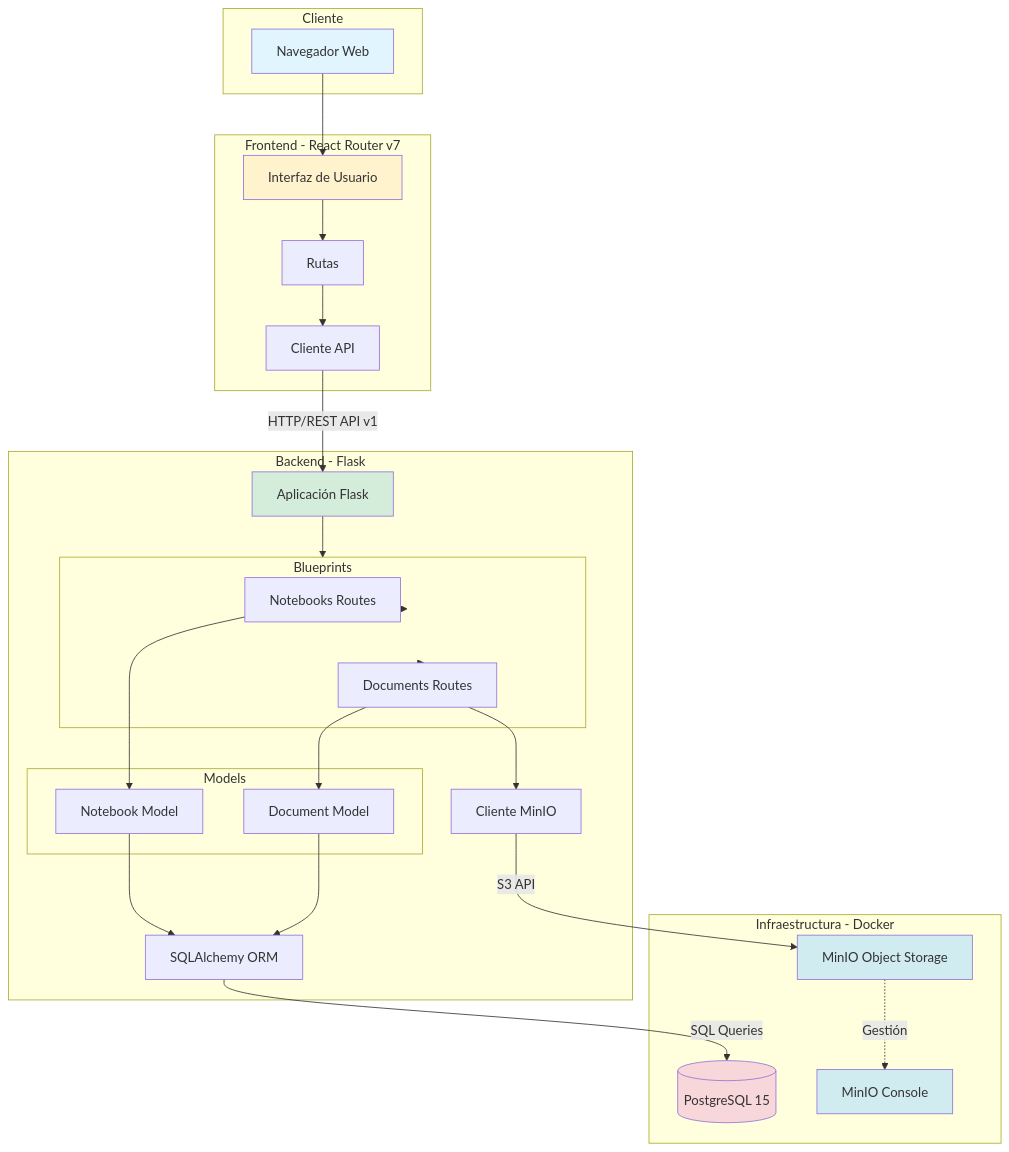
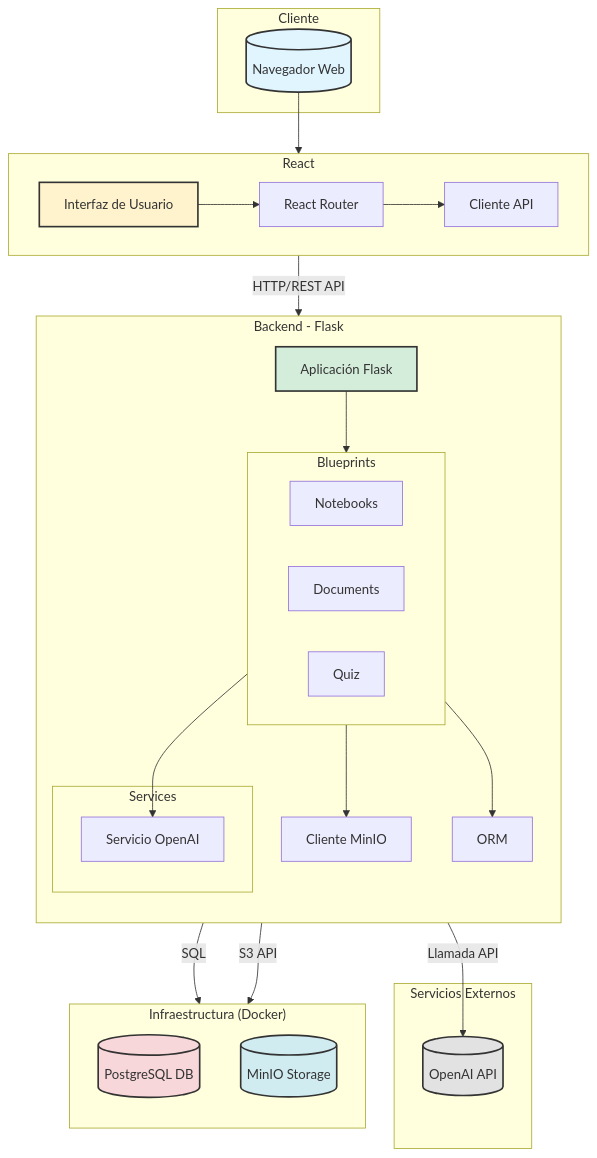
One commit to a00882024/rtvr changed the first of 2 diagrams in README.md. Above: the diagram before and after it, drawn with Mermaid. The commit also changed other lines of this file, not shown here.

````diff
--- a/README.md
+++ b/README.md
@@ -18,64 +18,56 @@
 ```mermaid
-graph TB
-    subgraph "Cliente"
-        Browser[Navegador Web]
+graph TD
+    subgraph Cliente
+        Browser[("Navegador Web")]
     end
 
-    subgraph "Frontend - React Router v7"
-        UI[Interfaz de Usuario]
-        Routes[Rutas]
-        API_Client[Cliente API]
+    subgraph Frontend [React]
+        direction LR
+        UI[Interfaz de Usuario] --> Routes[React Router]
+        Routes --> API_Client[Cliente API]
     end
 
-    subgraph "Backend - Flask"
+    subgraph Backend [Backend - Flask]
+        direction TB
         Flask_App[Aplicación Flask]
-        Blueprints[Blueprints]
 
-        subgraph "Blueprints"
-            Notebooks_BP[Notebooks Routes]
-            Documents_BP[Documents Routes]
+        subgraph Blueprints
+            direction LR
+            Notebooks_BP[Notebooks]
+            Documents_BP[Documents]
+            Quiz_BP[Quiz]
         end
 
-        subgraph "Models"
-            Notebook_Model[Notebook Model]
-            Document_Model[Document Model]
+        subgraph Services
+            OpenAI_Service[Servicio OpenAI]
         end
 
-        SQLAlchemy[SQLAlchemy ORM]
-        MinIO_Client[Cliente MinIO]
+        Flask_App --> Blueprints
+        Documents_BP --> OpenAI_Service
+        Documents_BP --> MinIO_Client[Cliente MinIO]
+        Blueprints --> SQLAlchemy[ORM]
     end
 
-    subgraph "Infraestructura - Docker"
-        PostgreSQL[(PostgreSQL 15)]
-        MinIO_Storage[MinIO Object Storage]
-        MinIO_Console[MinIO Console]
+    subgraph "Servicios Externos"
+        OpenAI_API[("OpenAI API")]
+    end
+
+    subgraph "Infraestructura (Docker)"
+        direction TB
+        PostgreSQL[("PostgreSQL DB")]
+        MinIO_Storage[("MinIO Storage")]
     end
 
     Browser --> UI
-    UI --> Routes
-    Routes --> API_Client
-    API_Client -->|HTTP/REST API v1| Flask_App
+    API_Client -- HTTP/REST API --> Flask_App
+    SQLAlchemy -- SQL --> PostgreSQL
+    MinIO_Client -- S3 API --> MinIO_Storage
+    OpenAI_Service -- Llamada API --> OpenAI_API
 
-    Flask_App --> Blueprints
-    Blueprints --> Notebooks_BP
-    Blueprints --> Documents_BP
-
-    Notebooks_BP --> Notebook_Model
-    Documents_BP --> Document_Model
-    Documents_BP --> MinIO_Client
-
-    Notebook_Model --> SQLAlchemy
-    Document_Model --> SQLAlchemy
-
-    SQLAlchemy -->|SQL Queries| PostgreSQL
-    MinIO_Client -->|S3 API| MinIO_Storage
-
-    MinIO_Storage -.->|Gestión| MinIO_Console
-
-    style Browser fill:#e1f5ff
-    style UI fill:#fff3cd
-    style Flask_App fill:#d4edda
-    style PostgreSQL fill:#f8d7da
-    style MinIO_Storage fill:#d1ecf1
-    style MinIO_Console fill:#d1ecf1
+    style Browser fill:#e1f5ff,stroke:#333,stroke-width:2px
+    style UI fill:#fff3cd,stroke:#333,stroke-width:2px
+    style Flask_App fill:#d4edda,stroke:#333,stroke-width:2px
+    style PostgreSQL fill:#f8d7da,stroke:#333,stroke-width:2px
+    style MinIO_Storage fill:#d1ecf1,stroke:#333,stroke-width:2px
+    style OpenAI_API fill:#e2e2e2,stroke:#333,stroke-width:2px
 ```
````
